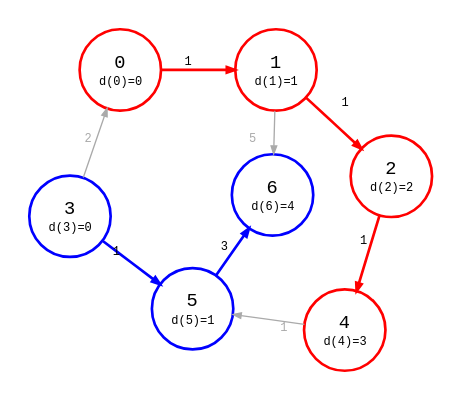
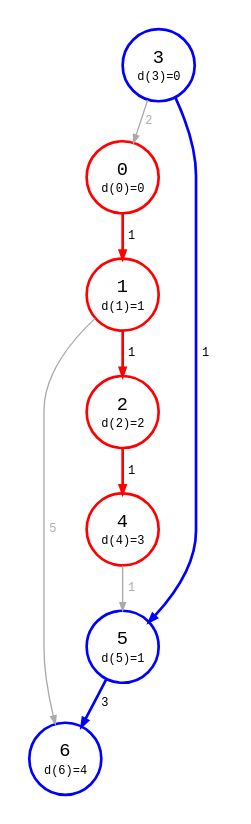
One commit to bsdrks/graaf-images changed the diagram in src/dijkstra_dist_multi_source_1-0.87.4.dot. Above: the diagram before and after it, drawn with Graphviz. The commit also changed 1 other file, not shown here.

```diff
--- a/src/dijkstra_dist_multi_source_1-0.87.4.dot
+++ b/src/dijkstra_dist_multi_source_1-0.87.4.dot
@@ -1,8 +1,9 @@
 digraph {
-    node [shape=circle, fontname="monospace", style=bold; fixedsize=true, width="0.85"];
+    node [shape=circle, fontname="monospace", style=bold; fixedsize=true, width="0.75"];
     edge [arrowsize=0.6, fontname="monospace", fontsize=9];
-    layout=neato;
-    scale=1.4;
+    // layout=circo;
+    // scale=1.4;
+    ranksep=0.2;
     normalize=true;
     pad=0.2;
     // newrank=true;
@@ -107,23 +108,11 @@
     ];
 
 
-    3 -> 0 [
-        color="#aaaaaa",
-        fontcolor="#aaaaaa",
-        label=<
-            <table border="0" cellpadding="1" cellspacing="0">
-                <tr>
-                    <td>2</td>
-                </tr>
-            </table>
-        >,
-    ];
-
     0 -> 1 [
         color=red,
         style=bold,
         label=<
-            <table border="0" cellpadding="1" cellspacing="0">
+            <table border="0" cellpadding="4" cellspacing="0">
                 <tr>
                     <td>1</td>
                 </tr>
@@ -135,19 +124,7 @@
         style=bold, 
         color=red, 
         label=<
-            <table border="0" cellpadding="8" cellspacing="0">
-                <tr>
-                    <td>1</td>
-                </tr>
-            </table>
-        >,
-    ];
-
-    2 -> 4 [
-        style=bold, 
-        color=red, 
-        label=<
-            <table border="0" cellpadding="1" cellspacing="0">
+            <table border="0" cellpadding="4" cellspacing="0">
                 <tr>
                     <td>1</td>
                 </tr>
@@ -159,24 +136,48 @@
         color="#aaaaaa",
         fontcolor="#aaaaaa",
         label=<
-            <table border="0" cellpadding="3" cellspacing="0">
+            <table border="0" cellpadding="4" cellspacing="0">
                 <tr>
-                    <td>5  </td>
+                    <td>5</td>
                 </tr>
             </table>
         >,
     ];
 
-    2 -> 6 [style=invis];
-    6 -> 2 [style=invis];
+    2 -> 4 [
+        style=bold, 
+        color=red, 
+        label=<
+            <table border="0" cellpadding="4" cellspacing="0">
+                <tr>
+                    <td>1</td>
+                </tr>
+            </table>
+        >,
+    ];
+
+    3 -> 0 [
+        color="#aaaaaa",
+        fontcolor="#aaaaaa",
+        label=<
+            <table border="0" cellpadding="2" cellspacing="0">
+                <tr>
+                    <td>2</td>
+                </tr>
+            </table>
+        >,
+    ];
+
+    // 2 -> 6 [style=invis];
+    // 6 -> 2 [style=invis];
 
     4 -> 5 [
         color="#aaaaaa",
         fontcolor="#aaaaaa",
         label=<
-            <table border="0" cellpadding="1" cellspacing="0">
+            <table border="0" cellpadding="4" cellspacing="0">
                 <tr>
-                    <td>     1</td>
+                    <td>1</td>
                 </tr>
             </table>
         >,
@@ -186,7 +187,7 @@
         style=bold, 
         color=blue, 
         label=<
-            <table border="0" cellpadding="1" cellspacing="0">
+            <table border="0" cellpadding="4" cellspacing="0">
                 <tr>
                     <td>1 </td>
                 </tr>
@@ -198,7 +199,7 @@
         style=bold, 
         color=blue, 
         label=<
-            <table border="0" cellpadding="1" cellspacing="0">
+            <table border="0" cellpadding="2" cellspacing="0">
                 <tr>
                     <td>3</td>
                 </tr>
```
